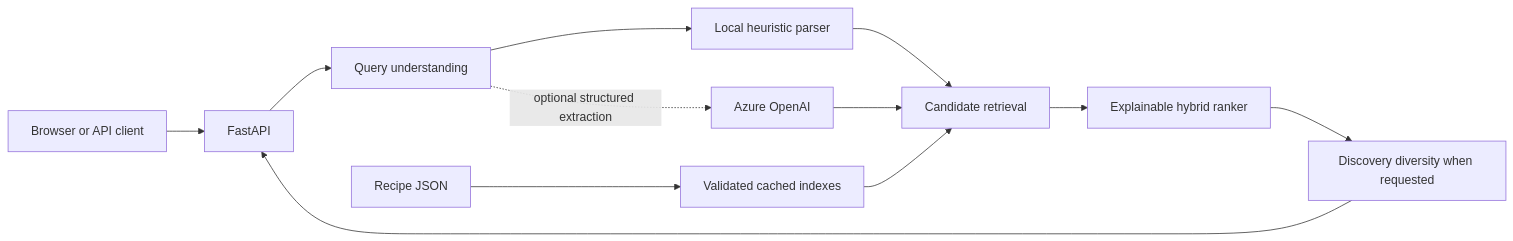
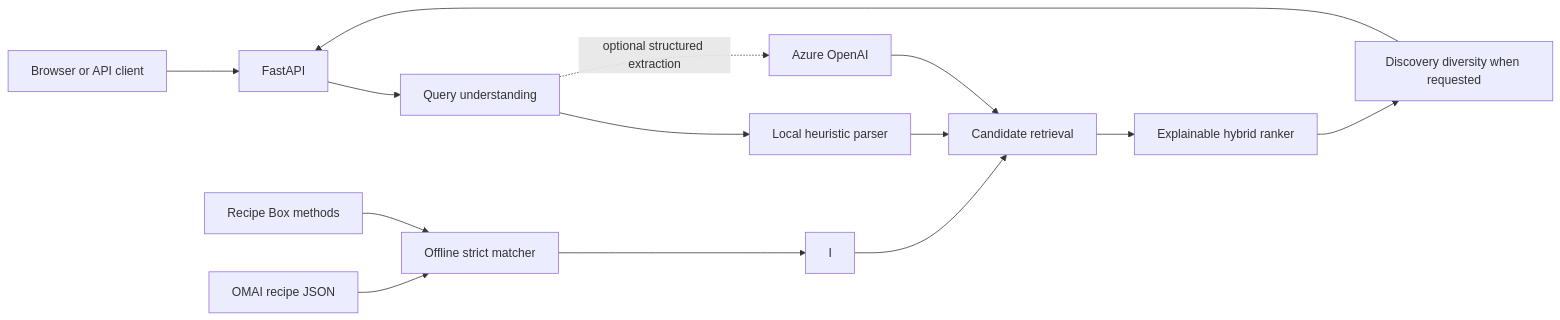
Before and after one commit to ariakalantari/omai-recipe-search: the first of 2 diagrams in README.md, drawn with Mermaid. The commit also changed other lines of this file and 25 other files, not shown here.

Commit message:
Restore grounded recipe methods

````diff
--- a/README.md
+++ b/README.md
@@ -45,14 +47,16 @@
 ```mermaid
 flowchart LR
     C[Browser or API client] --> F[FastAPI]
     F --> Q[Query understanding]
     Q --> H[Local heuristic parser]
     Q -. optional structured extraction .-> A[Azure OpenAI]
     H --> R[Candidate retrieval]
     A --> R
-    D[Recipe JSON] --> I[Validated cached indexes]
+    M[Recipe Box methods] --> E[Offline strict matcher]
+    D[OMAI recipe JSON] --> E
+    E --> I
     I --> R
     R --> G[Explainable hybrid ranker]
     G --> V[Discovery diversity when requested]
     V --> F
 ```
````
